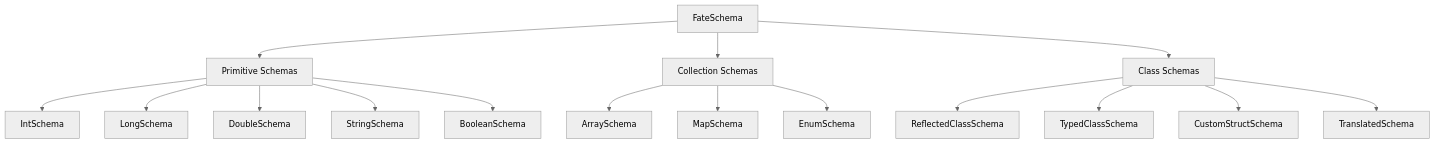
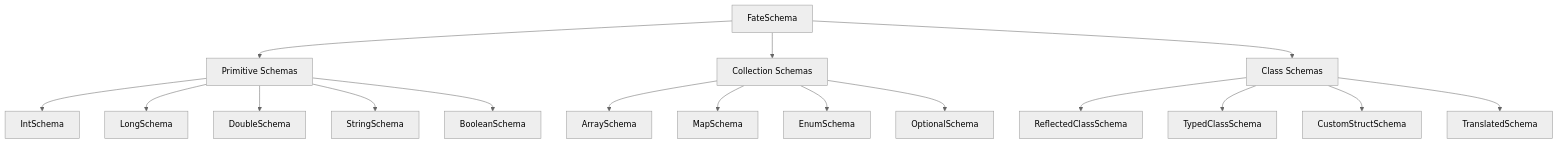
One commit to HermesFTC/FateWeaver changed the diagram in docs/docs/schemas/index.md. Above: the diagram before and after it, drawn with Mermaid (neutral theme). The commit also changed other lines of this file and 11 other files, not shown here.

Commit message:
feat: add support for optional values with OptionalSchema and JavaOptionalSchema

````diff
--- a/docs/docs/schemas/index.md
+++ b/docs/docs/schemas/index.md
@@ -16,21 +16,22 @@
 ```mermaid
 graph TD
     A[FateSchema] --> B[Primitive Schemas]
     A --> C[Collection Schemas]
     A --> D[Class Schemas]
 
     B --> B1[IntSchema]
     B --> B2[LongSchema]
     B --> B3[DoubleSchema]
     B --> B4[StringSchema]
     B --> B5[BooleanSchema]
 
     C --> C1[ArraySchema]
     C --> C2[MapSchema]
     C --> C3[EnumSchema]
+    C --> C4[OptionalSchema]
 
     D --> D1[ReflectedClassSchema]
     D --> D2[TypedClassSchema]
     D --> D3[CustomStructSchema]
     D --> D4[TranslatedSchema]
 ```
````
